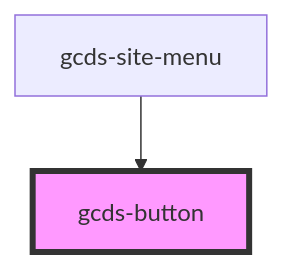
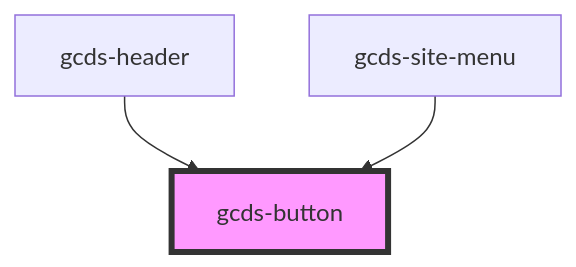
The diagram in src/components/gcds-button/readme.md (cds-snc/gcds-components), drawn with Mermaid before and after one commit. The commit also changed other lines of this file and 22 other files, not shown here.

````diff
--- a/src/components/gcds-button/readme.md
+++ b/src/components/gcds-button/readme.md
@@ -57,5 +58,6 @@
 ```mermaid
 graph TD;
+  gcds-header --> gcds-button
   gcds-site-menu --> gcds-button
   style gcds-button fill:#f9f,stroke:#333,stroke-width:4px
 ```
````
